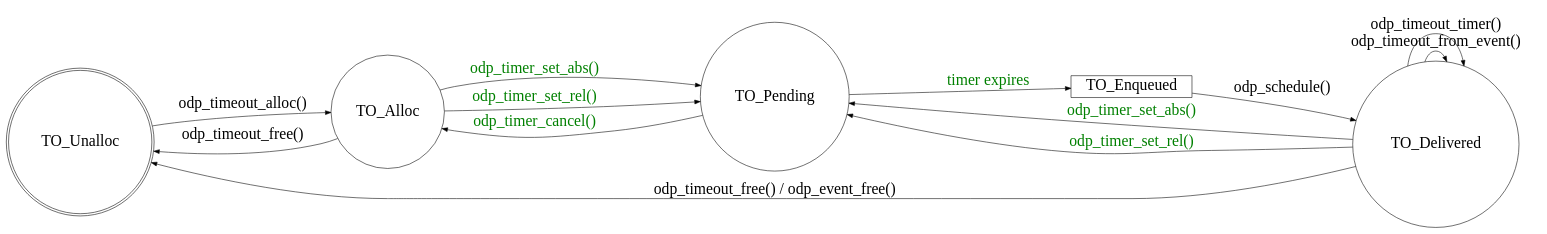
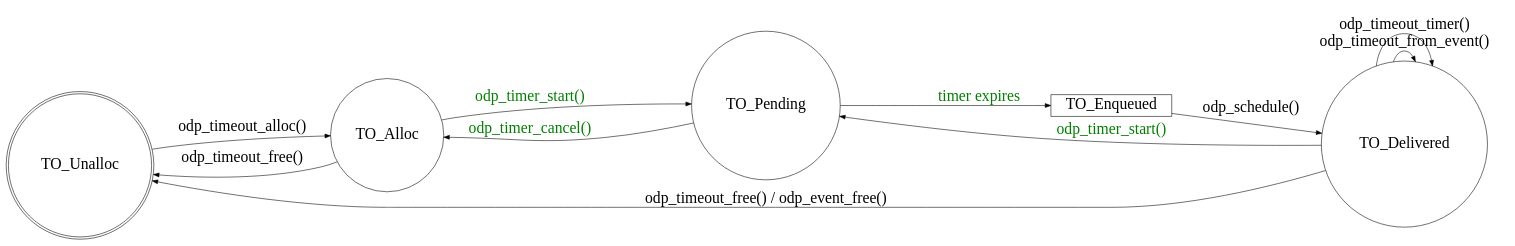
The diagram in doc/images/timeout_fsm.gv (OpenDataPlane/odp), drawn with Graphviz before and after one commit. The commit also changed 2 other files, not shown here.

Commit message:
doc: usersguide: update timer documentation
Remove references to deprecated odp_timer_set_abs() and odp_timer_set_rel()
functions from user's guide.

```diff
--- a/doc/images/timeout_fsm.gv
+++ b/doc/images/timeout_fsm.gv
@@ -1,27 +1,23 @@
 digraph timer_state_machine {
 	rankdir=LR;
 	node [fontsize=28];
 	edge [fontsize=28];
 	node [shape=doublecircle]; TO_Unalloc;
 	node [shape=circle]; TO_Alloc TO_Pending TO_Delivered;
 	node [shape=rect]; TO_Enqueued;
 	TO_Unalloc -> TO_Alloc [label="odp_timeout_alloc()"];
 	TO_Alloc -> TO_Unalloc [label="odp_timeout_free()"];
 	TO_Alloc -> TO_Pending [fontcolor=green,
-			       label="odp_timer_set_abs()"];
-	TO_Alloc -> TO_Pending [fontcolor=green,
-			       label="odp_timer_set_rel()"];
+			       label="odp_timer_start()"];
 	TO_Pending -> TO_Alloc [fontcolor=green,
 			       label="odp_timer_cancel()"];
 	TO_Pending -> TO_Enqueued [fontcolor=green, label="timer expires"];
 	TO_Enqueued -> TO_Delivered [label="odp_schedule()"];
 	TO_Delivered -> TO_Pending [fontcolor=green,
-				   label="odp_timer_set_abs()"];
-	TO_Delivered -> TO_Pending [fontcolor=green,
-				   label="odp_timer_set_rel()"];
+				   label="odp_timer_start()"];
 	TO_Delivered -> TO_Delivered [label="odp_timeout_from_event()"];
 	TO_Delivered -> TO_Delivered [label="odp_timeout_timer()"];
 	TO_Delivered -> TO_Unalloc
 			[label="odp_timeout_free() / odp_event_free()"];
 
 }
```
